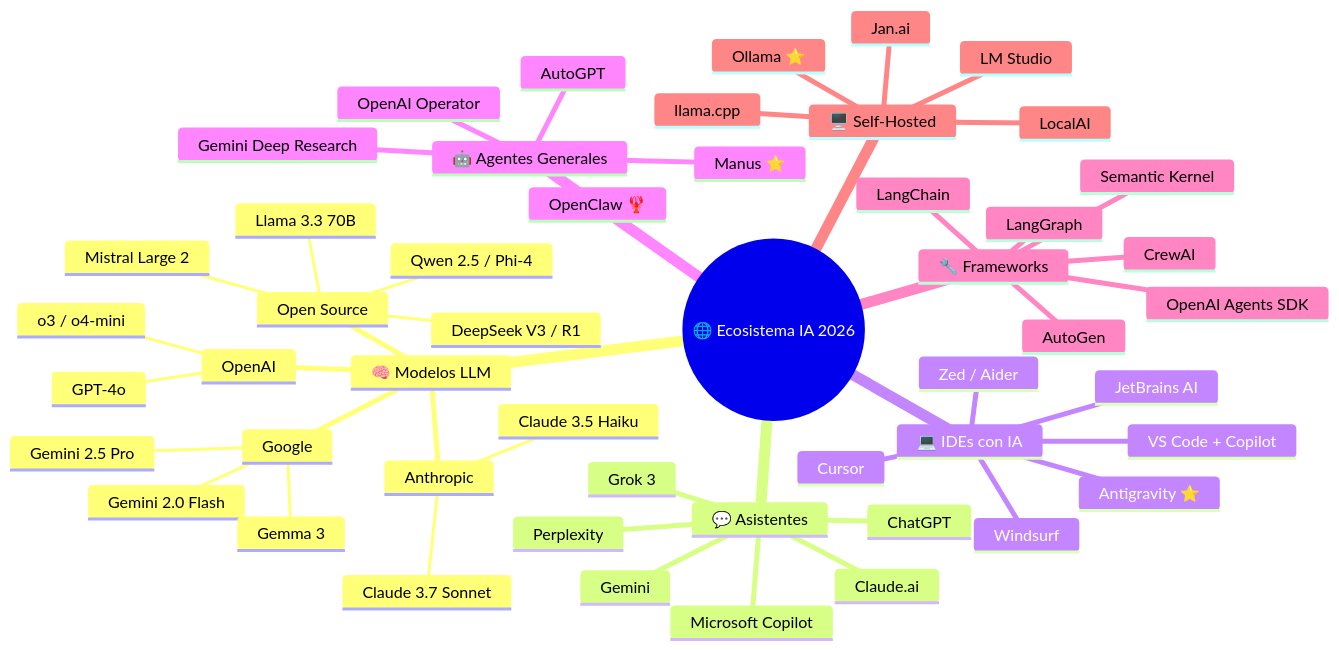
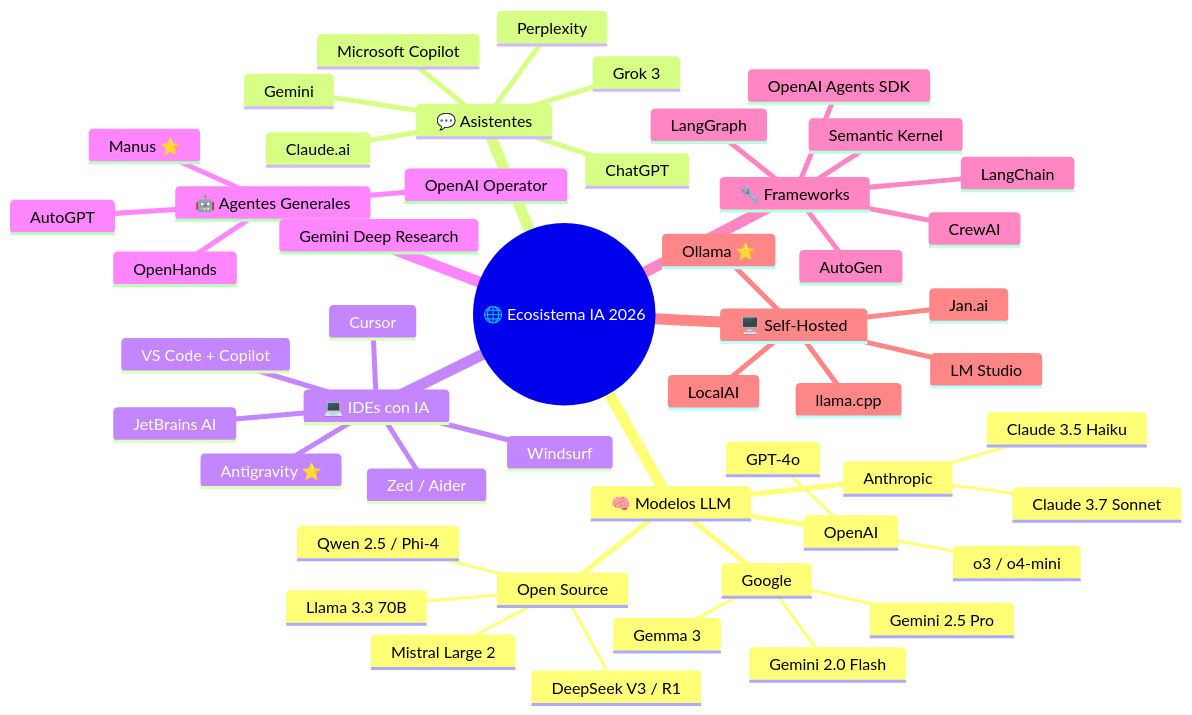
The third of 6 diagrams in README.md (pjbarberoiglesias/Panorama-IA), drawn with Mermaid before and after one commit. The commit also changed other lines of this file and 3 other files, not shown here.

````diff
--- a/README.md
+++ b/README.md
@@ -75,53 +77,53 @@
 ```mermaid
 mindmap
   root((🌐 Ecosistema IA 2026))
     🧠 Modelos LLM
       OpenAI
         GPT-4o
         o3 / o4-mini
       Anthropic
         Claude 3.7 Sonnet
         Claude 3.5 Haiku
       Google
         Gemini 2.5 Pro
         Gemini 2.0 Flash
         Gemma 3
       Open Source
         Llama 3.3 70B
         DeepSeek V3 / R1
         Mistral Large 2
         Qwen 2.5 / Phi-4
     💬 Asistentes
       ChatGPT
       Claude.ai
       Gemini
       Microsoft Copilot
       Perplexity
       Grok 3
     💻 IDEs con IA
       Antigravity ⭐
       Cursor
       Windsurf
       VS Code + Copilot
       Zed / Aider
       JetBrains AI
     🤖 Agentes Generales
       Manus ⭐
-      OpenClaw 🦞
+      OpenHands
       OpenAI Operator
       Gemini Deep Research
       AutoGPT
     🔧 Frameworks
       LangChain
       LangGraph
       CrewAI
       AutoGen
       Semantic Kernel
       OpenAI Agents SDK
     🖥️ Self-Hosted
       Ollama ⭐
       LM Studio
       LocalAI
       Jan.ai
       llama.cpp
 ```
````
